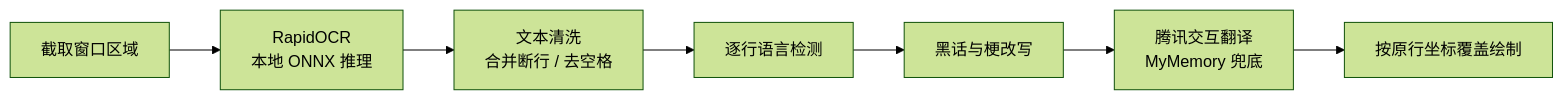
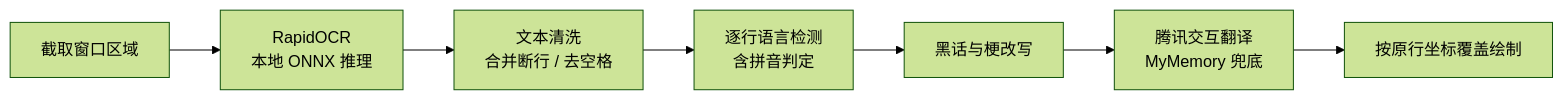
Before and after one commit to sosa6697/translation-tools: the diagram in README.md, drawn with Mermaid (forest theme). The commit also changed other lines of this file, not shown here.

````diff
--- a/README.md
+++ b/README.md
@@ -103,9 +123,9 @@
 ```mermaid
 flowchart LR
     A[截取窗口区域] --> B[RapidOCR<br>本地 ONNX 推理]
     B --> C[文本清洗<br>合并断行 / 去空格]
-    C --> D[逐行语言检测]
+    C --> D[逐行语言检测<br>含拼音判定]
     D --> E[黑话与梗改写]
     E --> F[腾讯交互翻译<br>MyMemory 兜底]
     F --> G[按原行坐标覆盖绘制]
 ```
````
